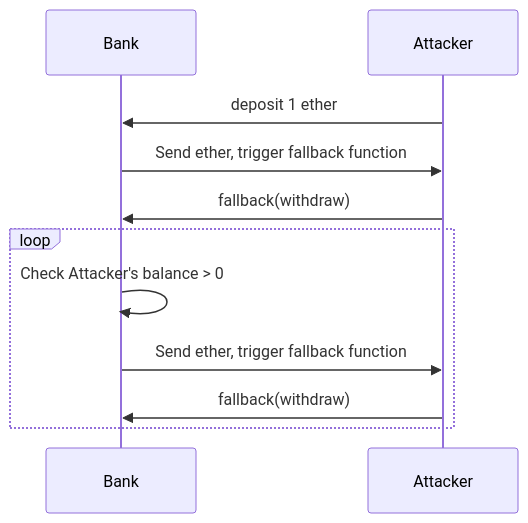
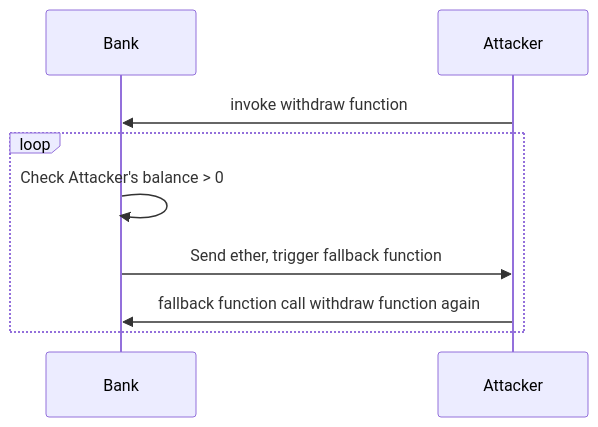
The third of 8 diagrams in README.md (GaryHo34/blockchain-project), drawn with Mermaid before and after one commit. The commit also changed other lines of this file, not shown here.

````diff
--- a/README.md
+++ b/README.md
@@ -90,13 +94,11 @@
 ```mermaid
 sequenceDiagram
     participant Bank
     participant Attacker
-    Attacker->>Bank: deposit 1 ether
-    Bank->>Attacker: Send ether, trigger fallback function
-    Attacker->>Bank: fallback(withdraw)
+    Attacker->>Bank: invoke withdraw function
     loop
         Bank->>Bank: Check Attacker's balance > 0
         Bank->>Attacker: Send ether, trigger fallback function
-        Attacker->>Bank: fallback(withdraw)
+        Attacker->>Bank: fallback function call withdraw function again
     end
 ```
````
